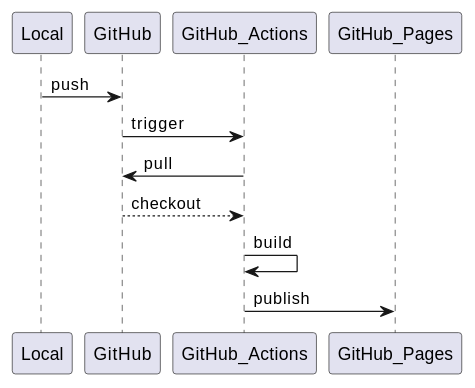
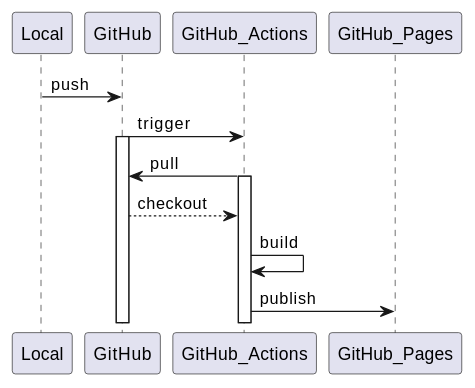
Before and after one commit to ryotaimc/sphinx-plantuml-github-pages-template: the diagram in README.md, drawn with PlantUML. The commit also changed other lines of this file and 2 other files, not shown here.

````diff
--- a/README.md
+++ b/README.md
@@ -44,14 +43,16 @@
 ```plantuml
 @startuml
 participant Local as l
 participant GitHub as g
 participant GitHub_Actions as ga
 participant GitHub_Pages as gp
 l->g: push
 g->ga: trigger
+activate g
 ga->g: pull
+activate ga
 g-->ga: checkout
 ga->ga: build
 ga->gp: publish
 @enduml
 ```
````
